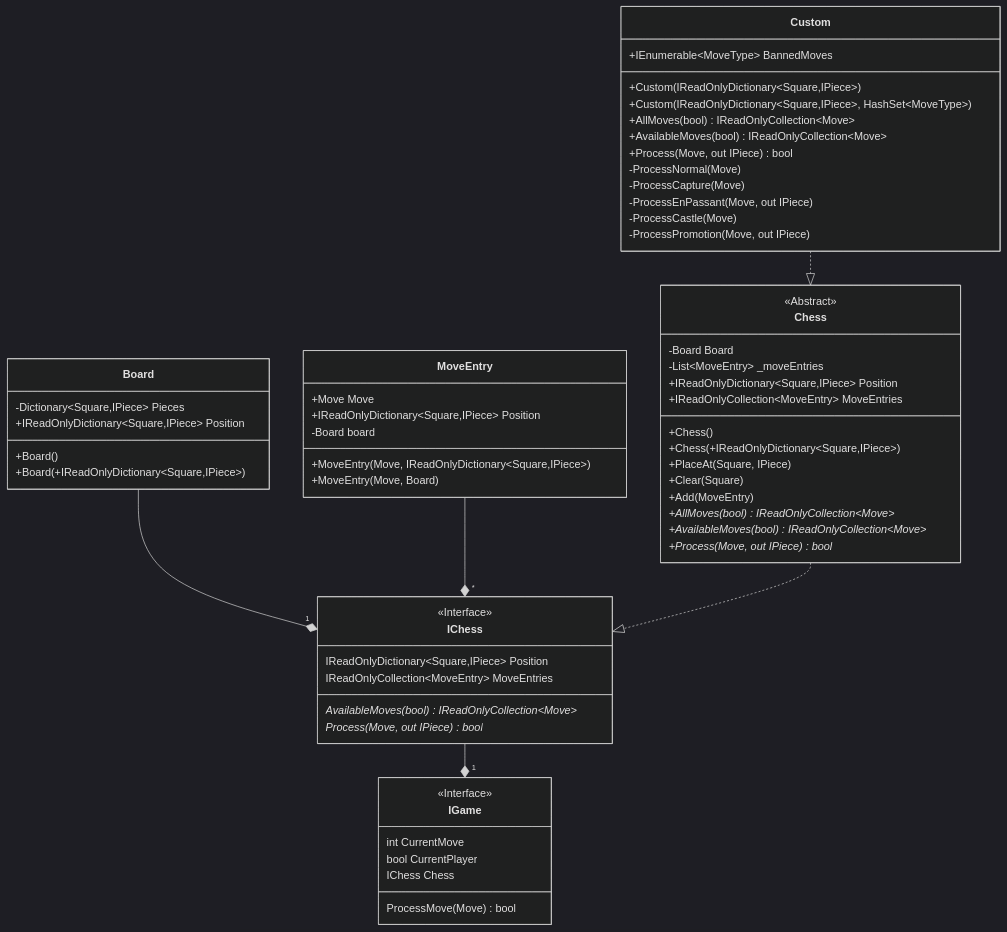
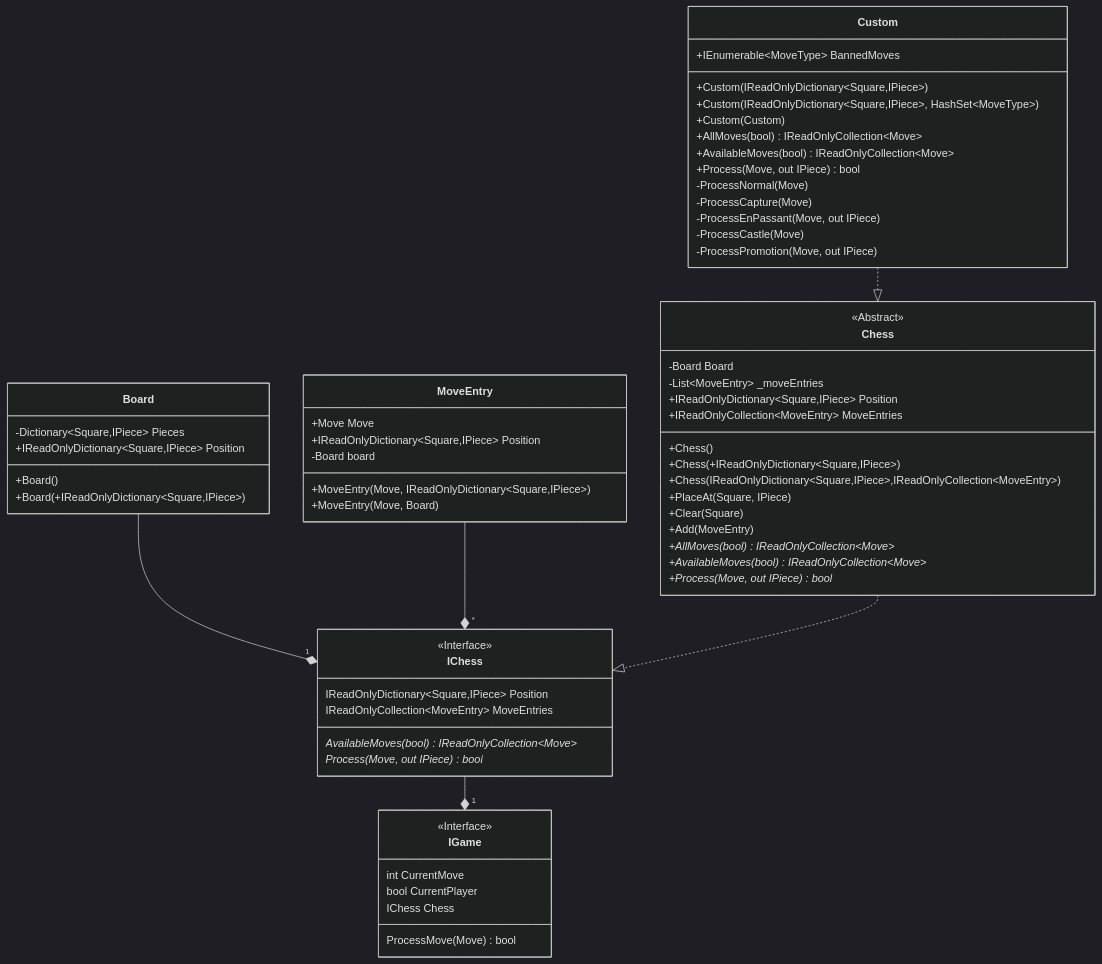
Before and after one commit to JeanLColombo/Mate: the diagram in UML Diagram/Core/Game.md, drawn with Mermaid (dark theme). The commit also changed 7 other files, not shown here.

````diff
--- a/UML Diagram/Core/Game.md
+++ b/UML Diagram/Core/Game.md
@@ -1,63 +1,65 @@
 ```mermaid
     classDiagram
     class IChess{
         <<Interface>>
         IReadOnlyDictionary~Square,IPiece~ Position
         IReadOnlyCollection~MoveEntry~ MoveEntries
         AvailableMoves(bool)* IReadOnlyCollection~Move~
         Process(Move, out IPiece)* bool
     }
     class IGame{
         <<Interface>>
         int CurrentMove
         bool CurrentPlayer
         IChess Chess
         ProcessMove(Move) bool
     }
     class Chess{
         <<Abstract>>
         -Board Board
         -List~MoveEntry~ _moveEntries
         +IReadOnlyDictionary~Square,IPiece~ Position
         +IReadOnlyCollection~MoveEntry~ MoveEntries
         +Chess()
         +Chess(+IReadOnlyDictionary~Square,IPiece~)
+        +Chess(IReadOnlyDictionary~Square,IPiece~,IReadOnlyCollection~MoveEntry~)
         +PlaceAt(Square, IPiece) 
         +Clear(Square)
         +Add(MoveEntry) 
         +AllMoves(bool)* IReadOnlyCollection~Move~
         +AvailableMoves(bool)* IReadOnlyCollection~Move~
         +Process(Move, out IPiece)* bool
     }
     class Board{
         -Dictionary~Square,IPiece~ Pieces
         +IReadOnlyDictionary~Square,IPiece~ Position 
         +Board()
         +Board(+IReadOnlyDictionary~Square,IPiece~)
     }
     class MoveEntry{
         +Move Move
         +IReadOnlyDictionary~Square,IPiece~ Position
         -Board board
         +MoveEntry(Move, IReadOnlyDictionary~Square,IPiece~)
         +MoveEntry(Move, Board)
     }
     class Custom{
         +IEnumerable~MoveType~ BannedMoves
         +Custom(IReadOnlyDictionary~Square,IPiece~)
         +Custom(IReadOnlyDictionary~Square,IPiece~, HashSet~MoveType~)
+        +Custom(Custom)
         +AllMoves(bool) IReadOnlyCollection~Move~
         +AvailableMoves(bool) IReadOnlyCollection~Move~
         +Process(Move, out IPiece) bool
         -ProcessNormal(Move)
         -ProcessCapture(Move)
         -ProcessEnPassant(Move, out IPiece)
         -ProcessCastle(Move)
         -ProcessPromotion(Move, out IPiece)
     }
     Board --* "1" IChess
     MoveEntry --* "*" IChess
     Chess ..|> IChess
     IChess --* "1" IGame
     Custom ..|> Chess
 ```
````
